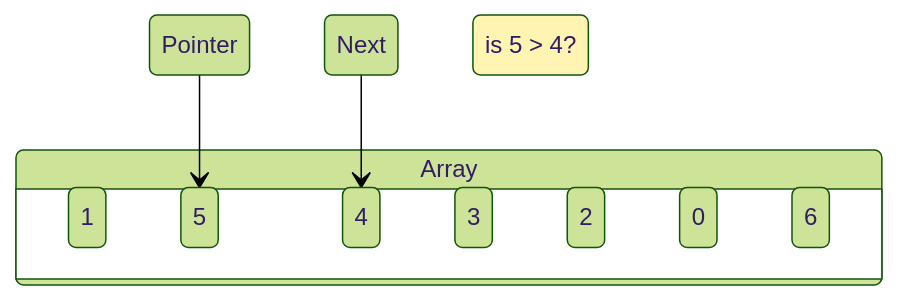
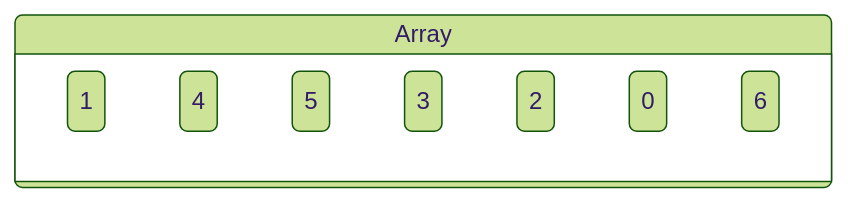
One commit to AegeanGrey/ProgrammingProject0_CS-2430 changed diagram 16 of 19 in docs/cs2430_CodingCadets_p1_Report.md. Above: the diagram before and after it, drawn with Mermaid (forest theme). The commit also changed other lines of this file, not shown here.

Commit message:
Quicksort Diagram

````diff
--- a/docs/cs2430_CodingCadets_p1_Report.md
+++ b/docs/cs2430_CodingCadets_p1_Report.md
@@ -445,20 +472,13 @@
 ```mermaid
 stateDiagram-v2
-	classDef note fill:#fff4b1
-
-    direction TB
+    direction LR
     state Array {
-	    direction LR
         one: 1
+        four: 4
         five: 5
-        four: 4
         three: 3
         two: 2
         zero: 0
         six: 6
     }
-	Pointer --> five
-	Next --> four
-	Note: is 5 > 4?
-	class Note note
 ```
````
